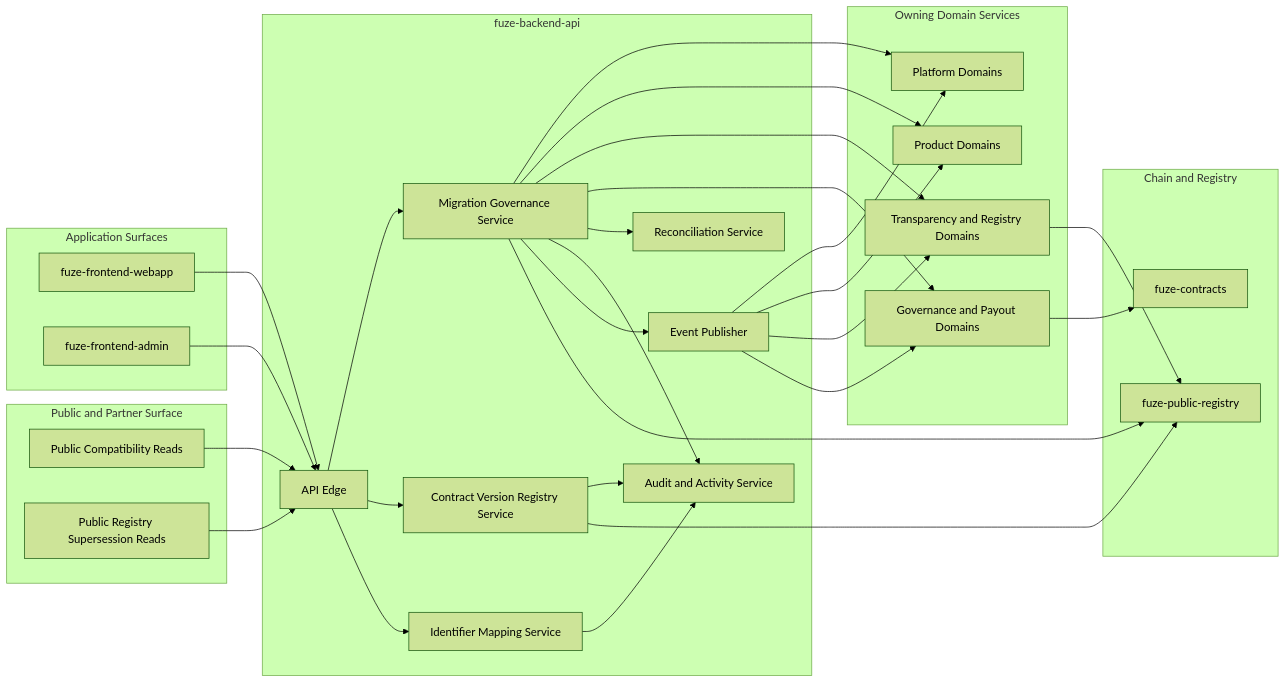
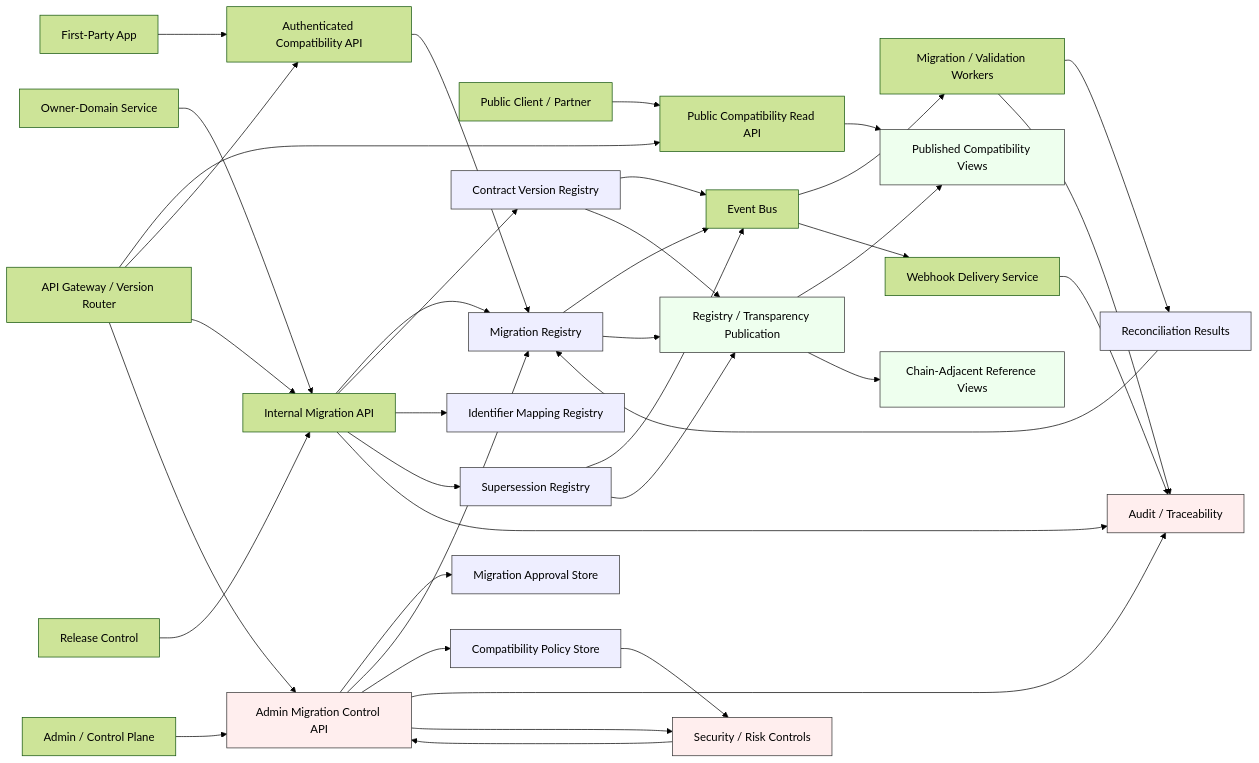
One commit to fuze-ac/api-specs changed the first of 3 diagrams in MIGRATION_AND_BACKWARD_COMPATIBILITY_SPEC.md. Above: the diagram before and after it, drawn with Mermaid (forest theme). The commit also changed other lines of this file and 50 other files, not shown here.

````diff
--- a/MIGRATION_AND_BACKWARD_COMPATIBILITY_SPEC.md
+++ b/MIGRATION_AND_BACKWARD_COMPATIBILITY_SPEC.md
@@ -1088,64 +590,52 @@
 ```mermaid
 flowchart LR
-    subgraph PublicSurface["Public and Partner Surface"]
-        PUB1["Public Compatibility Reads"]
-        PUB2["Public Registry Supersession Reads"]
-    end
+  PublicClient["Public Client / Partner"] --> PublicAPI["Public Compatibility Read API"]
+  FirstParty["First-Party App"] --> FirstPartyAPI["Authenticated Compatibility API"]
+  InternalSvc["Owner-Domain Service"] --> InternalAPI["Internal Migration API"]
+  Admin["Admin / Control Plane"] --> AdminAPI["Admin Migration Control API"]
+  Release["Release Control"] --> InternalAPI
+  Gateway["API Gateway / Version Router"] --> PublicAPI
+  Gateway --> FirstPartyAPI
+  Gateway --> InternalAPI
+  Gateway --> AdminAPI
 
-    subgraph AppSurface["Application Surfaces"]
-        WEB["fuze-frontend-webapp"]
-        ADMIN["fuze-frontend-admin"]
-    end
+  PublicAPI --> PublicViews["Published Compatibility Views"]
+  FirstPartyAPI --> MigrationRegistry["Migration Registry"]
+  InternalAPI --> MigrationRegistry
+  InternalAPI --> ContractRegistry["Contract Version Registry"]
+  InternalAPI --> MappingRegistry["Identifier Mapping Registry"]
+  InternalAPI --> SupersessionRegistry["Supersession Registry"]
+  AdminAPI --> ApprovalStore["Migration Approval Store"]
+  AdminAPI --> MigrationRegistry
+  AdminAPI --> PolicyStore["Compatibility Policy Store"]
 
-    subgraph Backend["fuze-backend-api"]
-        EDGE["API Edge"]
-        MIG["Migration Governance Service"]
-        VER["Contract Version Registry Service"]
-        MAP["Identifier Mapping Service"]
-        REC["Reconciliation Service"]
-        AUD["Audit and Activity Service"]
-        EVT["Event Publisher"]
-    end
+  MigrationRegistry --> EventBus["Event Bus"]
+  ContractRegistry --> EventBus
+  SupersessionRegistry --> EventBus
+  EventBus --> Worker["Migration / Validation Workers"]
+  EventBus --> WebhookSvc["Webhook Delivery Service"]
+  Worker --> Reconciliation["Reconciliation Results"]
+  Reconciliation --> MigrationRegistry
 
-    subgraph DomainOwners["Owning Domain Services"]
-        D1["Platform Domains"]
-        D2["Product Domains"]
-        D3["Transparency and Registry Domains"]
-        D4["Governance and Payout Domains"]
-    end
+  MigrationRegistry --> Publication["Registry / Transparency Publication"]
+  ContractRegistry --> Publication
+  SupersessionRegistry --> Publication
+  Publication --> PublicViews
+  Publication --> ChainRefs["Chain-Adjacent Reference Views"]
 
-    subgraph Chain["Chain and Registry"]
-        CON["fuze-contracts"]
-        REG["fuze-public-registry"]
-    end
+  InternalAPI --> Audit["Audit / Traceability"]
+  AdminAPI --> Audit
+  Worker --> Audit
+  WebhookSvc --> Audit
 
-    WEB --> EDGE
-    ADMIN --> EDGE
-    PUB1 --> EDGE
-    PUB2 --> EDGE
+  PolicyStore --> Security["Security / Risk Controls"]
+  AdminAPI --> Security
+  Security --> AdminAPI
 
-    EDGE --> MIG
-    EDGE --> VER
-    EDGE --> MAP
-
-    MIG --> D1
-    MIG --> D2
-    MIG --> D3
-    MIG --> D4
-
-    MIG --> REC
-    MIG --> AUD
-    MIG --> EVT
-    VER --> AUD
-    MAP --> AUD
-
-    D4 --> CON
-    D3 --> REG
-    MIG --> REG
-    VER --> REG
-
-    EVT --> D1
-    EVT --> D2
-    EVT --> D3
-    EVT --> D4
+  classDef canonical fill:#eef,stroke:#333,stroke-width:1px;
+  classDef derived fill:#efe,stroke:#333,stroke-width:1px;
+  classDef control fill:#fee,stroke:#333,stroke-width:1px;
+  class MigrationRegistry,ContractRegistry,MappingRegistry,SupersessionRegistry,PolicyStore,ApprovalStore,Reconciliation canonical;
+  class PublicViews,Publication,ChainRefs derived;
+  class AdminAPI,Security,Audit control;
 ```
````
